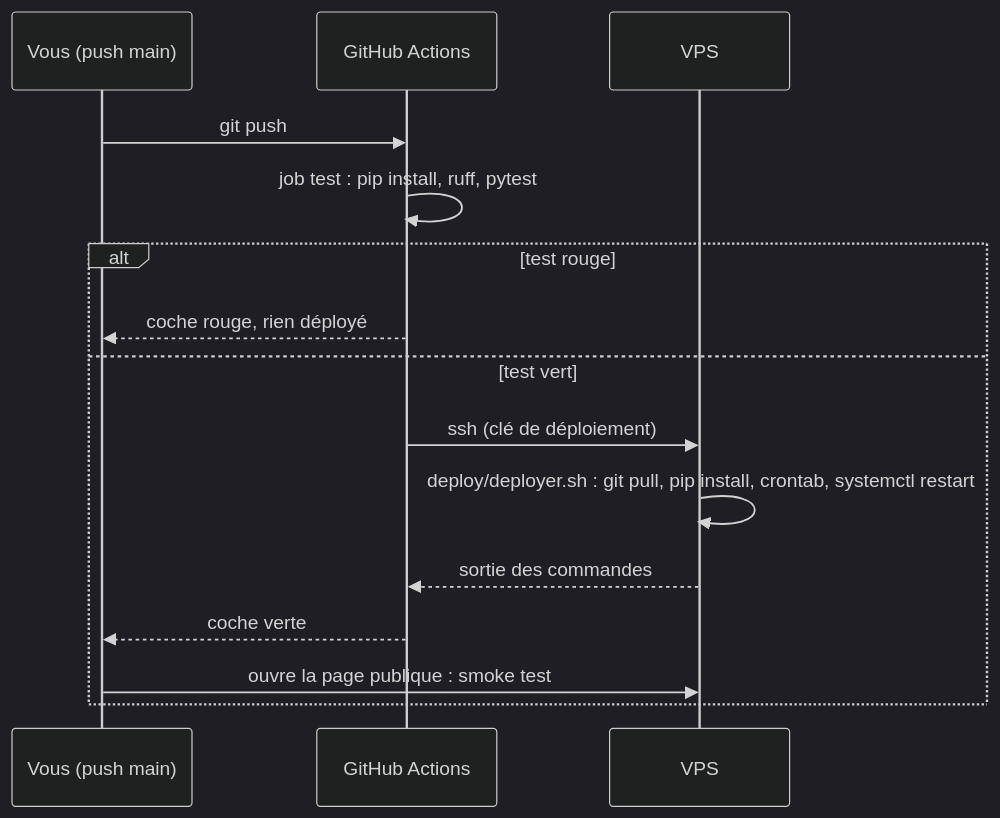
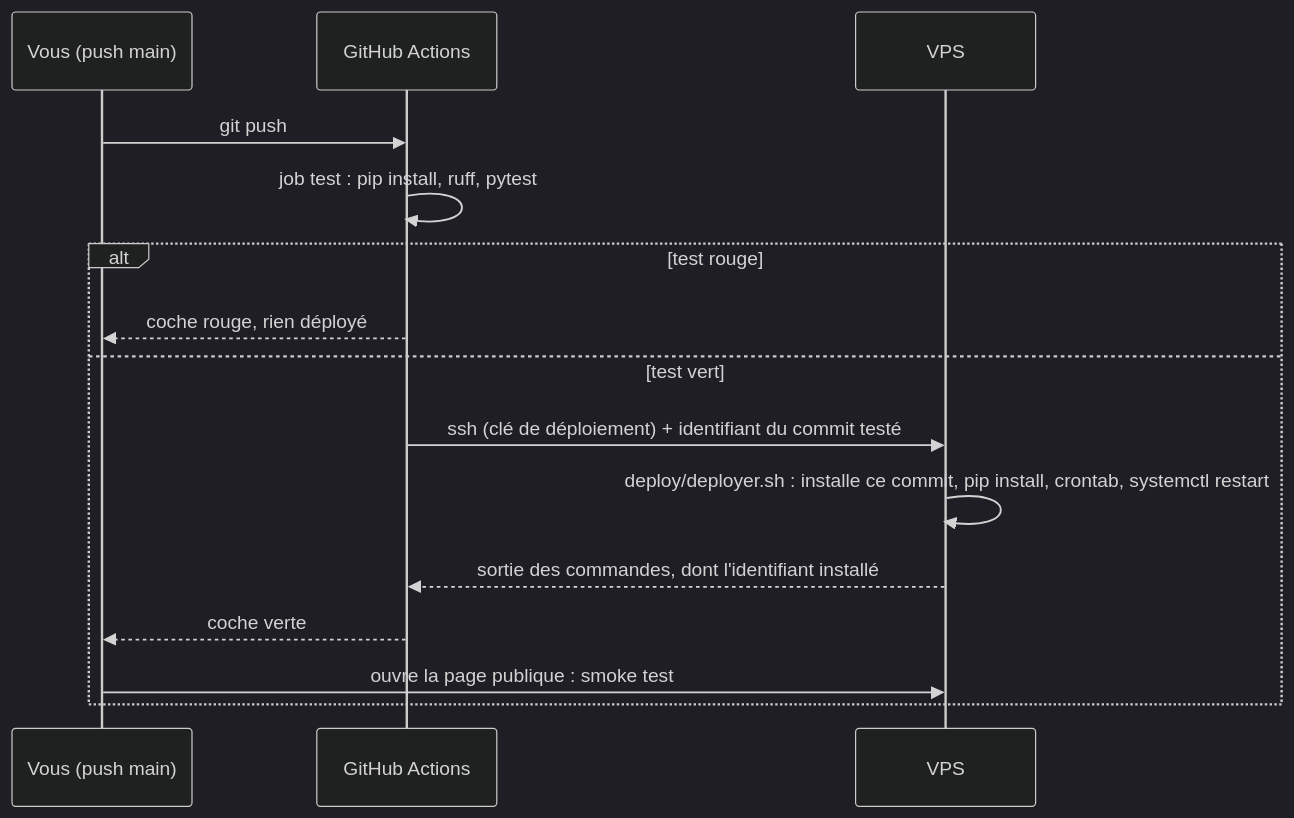
Diagram 36 of 42 in tuto-goodvibe-vibecoding.md (lecinquiemejour-code/goodvibe-tuto), drawn with Mermaid (dark theme) before and after one commit. The commit also changed other lines of this file and 1 other file, not shown here.

First line of the commit message:
docs(tuto, prd): le serveur installe le commit testé (section 2.6, fiche 13) ; la checklist de sécurité reprend les trois garanties (T10, pas 6)

````diff
--- a/tuto-goodvibe-vibecoding.md
+++ b/tuto-goodvibe-vibecoding.md
@@ -1788,17 +1788,17 @@
 ```mermaid
 sequenceDiagram
     participant D as Vous (push main)
     participant GH as GitHub Actions
     participant V as VPS
     D->>GH: git push
     GH->>GH: job test : pip install, ruff, pytest
     alt test rouge
         GH-->>D: coche rouge, rien déployé
     else test vert
-        GH->>V: ssh (clé de déploiement)
-        V->>V: deploy/deployer.sh : git pull, pip install, crontab, systemctl restart
-        V-->>GH: sortie des commandes
+        GH->>V: ssh (clé de déploiement) + identifiant du commit testé
+        V->>V: deploy/deployer.sh : installe ce commit, pip install, crontab, systemctl restart
+        V-->>GH: sortie des commandes, dont l'identifiant installé
         GH-->>D: coche verte
         D->>V: ouvre la page publique : smoke test
     end
 ```
````
